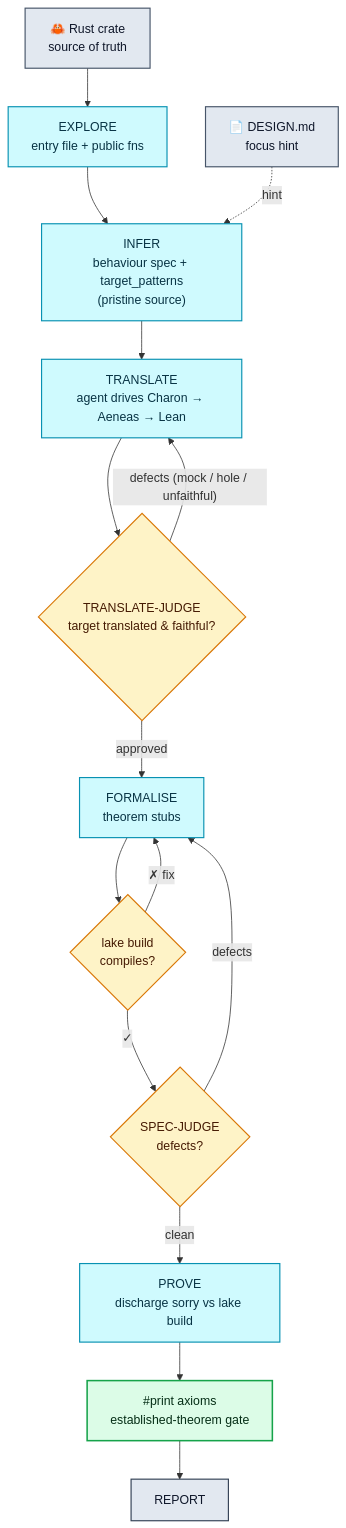
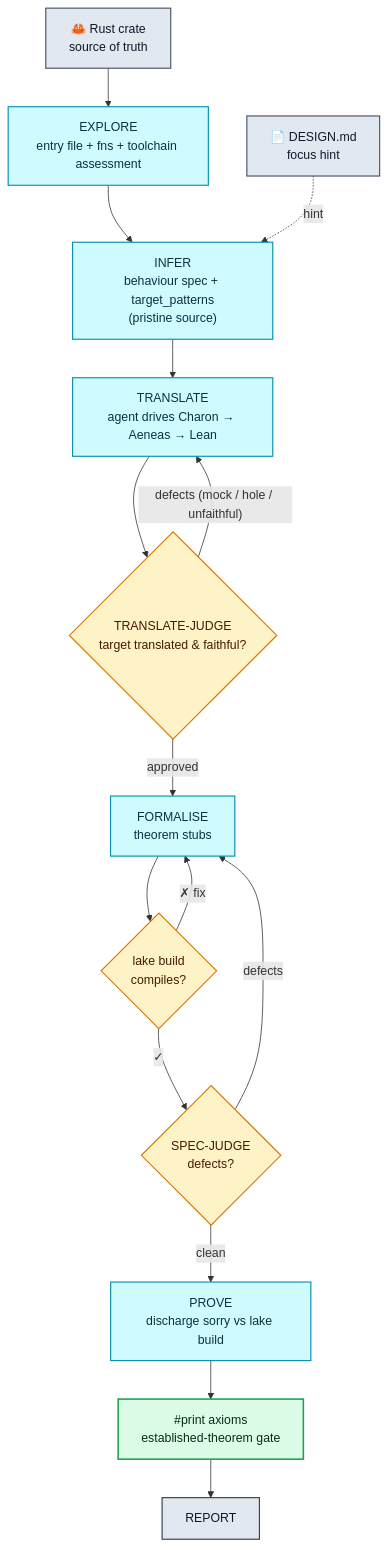
Before and after one commit to Certora/lusterna: the diagram in README.md, drawn with Mermaid. The commit also changed other lines of this file and 1 other file, not shown here.

````diff
--- a/README.md
+++ b/README.md
@@ -48,31 +49,31 @@
 ```mermaid
 flowchart TD
   DESIGN["📄 DESIGN.md<br/>focus hint"]:::src
   RUST["🦀 Rust crate<br/>source of truth"]:::src
 
-  EXPLORE["EXPLORE<br/>entry file + public fns"]:::impl
+  EXPLORE["EXPLORE<br/>entry file + fns + toolchain assessment"]:::impl
   INFER["INFER<br/>behaviour spec + target_patterns<br/>(pristine source)"]:::impl
   TRANSLATE["TRANSLATE<br/>agent drives Charon → Aeneas → Lean"]:::impl
   TJUDGE{"TRANSLATE-JUDGE<br/>target translated & faithful?"}:::gate
   FORMALISE["FORMALISE<br/>theorem stubs"]:::impl
   FBUILD{"lake build<br/>compiles?"}:::gate
   SJUDGE{"SPEC-JUDGE<br/>defects?"}:::gate
   PROVE["PROVE<br/>discharge sorry vs lake build"]:::impl
   AXIOMS["#print axioms<br/>established-theorem gate"]:::verify
   REPORT["REPORT"]:::report
 
   RUST --> EXPLORE --> INFER --> TRANSLATE --> TJUDGE
   TJUDGE -- "defects (mock / hole / unfaithful)" --> TRANSLATE
   TJUDGE -- "approved" --> FORMALISE --> FBUILD
   FBUILD -- "✗ fix" --> FORMALISE
   FBUILD -- "✓" --> SJUDGE
   SJUDGE -- "defects" --> FORMALISE
   SJUDGE -- "clean" --> PROVE --> AXIOMS --> REPORT
   DESIGN -. "hint" .-> INFER
 
   classDef src    fill:#e2e8f0,stroke:#475569,stroke-width:1.5px,color:#0f172a;
   classDef impl   fill:#cffafe,stroke:#0891b2,stroke-width:1.5px,color:#083344;
   classDef gate   fill:#fef3c7,stroke:#d97706,stroke-width:1.5px,color:#451a03;
   classDef verify fill:#dcfce7,stroke:#16a34a,stroke-width:2px,color:#052e16;
   classDef report fill:#e2e8f0,stroke:#334155,stroke-width:1.5px,color:#0f172a;
 ```
````
